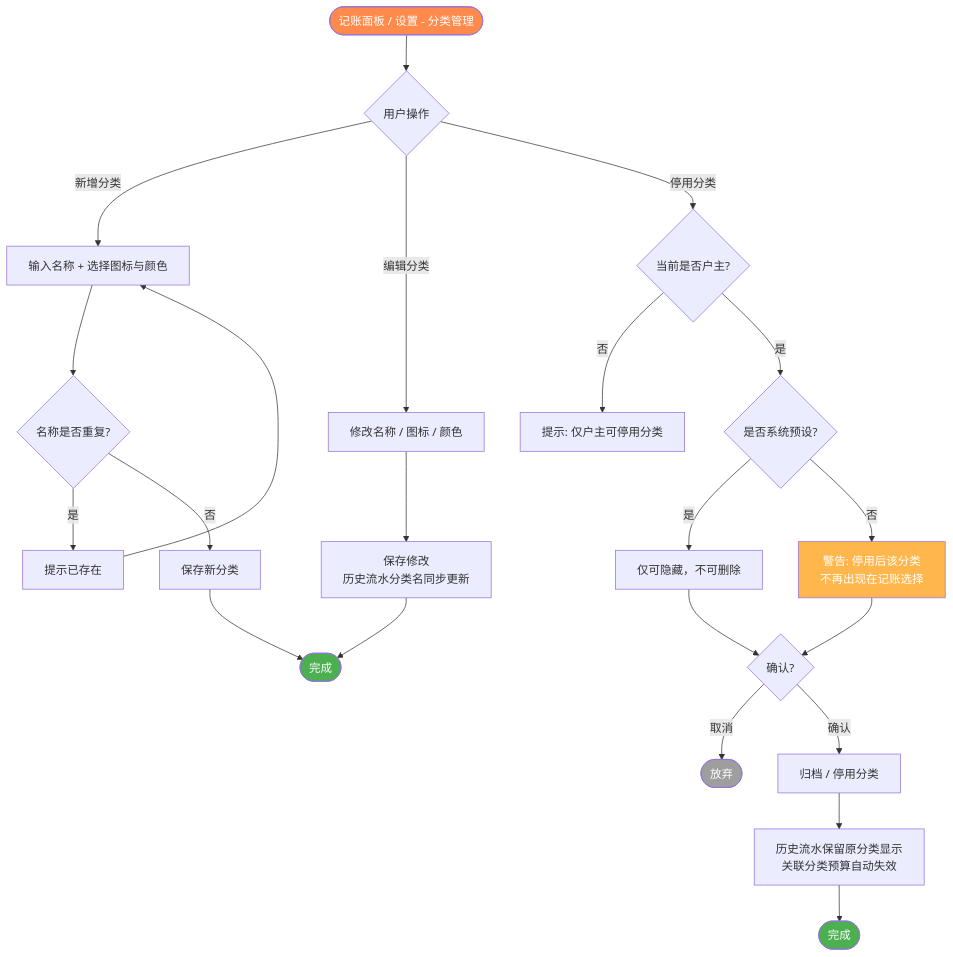
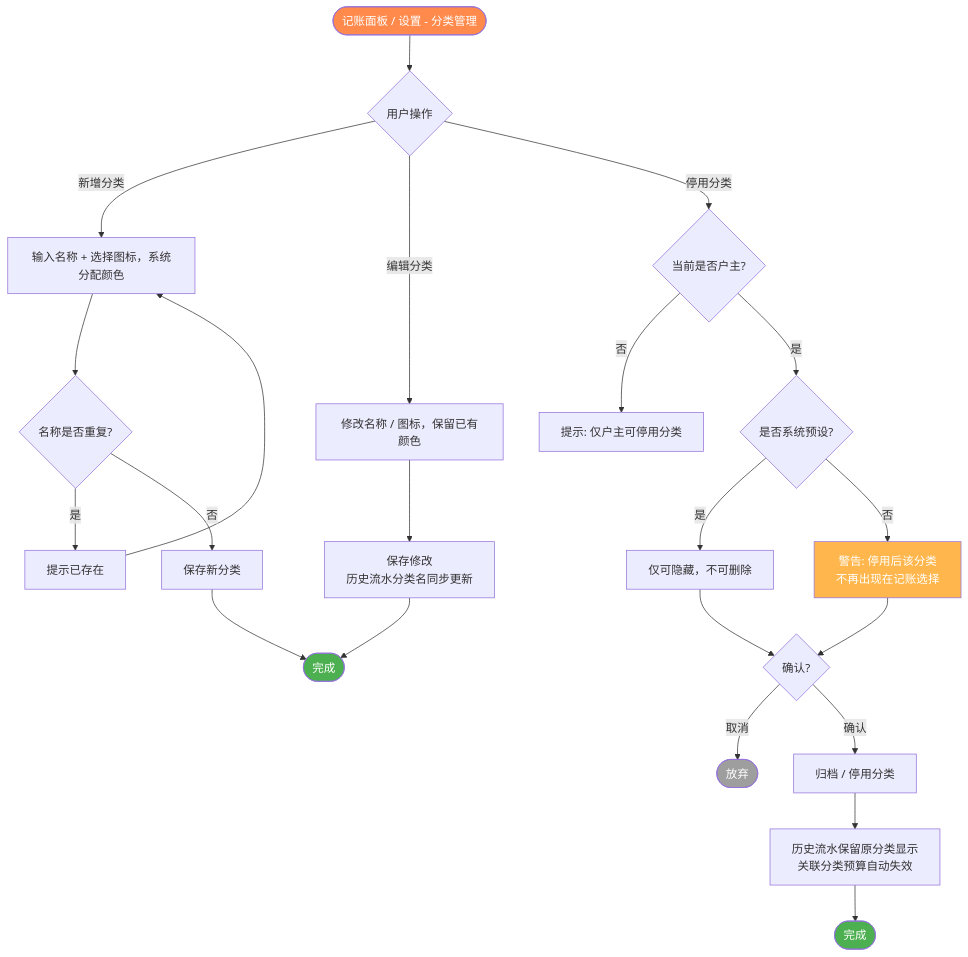
Diagram 12 of 16 in docs/PRD.md (raochen0000/HomeBook), drawn with Mermaid before and after one commit. The commit also changed other lines of this file and 5 other files, not shown here.

````diff
--- a/docs/PRD.md
+++ b/docs/PRD.md
@@ -1293,35 +1293,35 @@
 ```mermaid
 flowchart TD
     A([记账面板 / 设置 - 分类管理]) --> B{用户操作}
-    B -- 新增分类 --> C[输入名称 + 选择图标与颜色]
-    B -- 编辑分类 --> D[修改名称 / 图标 / 颜色]
+    B -- 新增分类 --> C[输入名称 + 选择图标，系统分配颜色]
+    B -- 编辑分类 --> D[修改名称 / 图标，保留已有颜色]
     B -- 停用分类 --> E{当前是否户主?}
 
     C --> C1{名称是否重复?}
     C1 -- 是 --> C1a[提示已存在]
     C1a --> C
     C1 -- 否 --> C2[保存新分类]
     C2 --> Z1([完成])
 
     D --> D1[保存修改<br/>历史流水分类名同步更新]
     D1 --> Z1
 
     E -- 否 --> E1[提示: 仅户主可停用分类]
     E -- 是 --> F{是否系统预设?}
     F -- 是 --> F1[仅可隐藏，不可删除]
     F -- 否 --> G[警告: 停用后该分类<br/>不再出现在记账选择]
 
     F1 --> H
     G --> H{确认?}
     H -- 取消 --> Z2([放弃])
     H -- 确认 --> I[归档 / 停用分类]
 
     I --> J[历史流水保留原分类显示<br/>关联分类预算自动失效]
     J --> Z3([完成])
 
     style A fill:#FF8A4C,color:#fff
     style Z1 fill:#4CAF50,color:#fff
     style Z2 fill:#9E9E9E,color:#fff
     style Z3 fill:#4CAF50,color:#fff
     style G fill:#FFB74D,color:#fff
 ```
````
